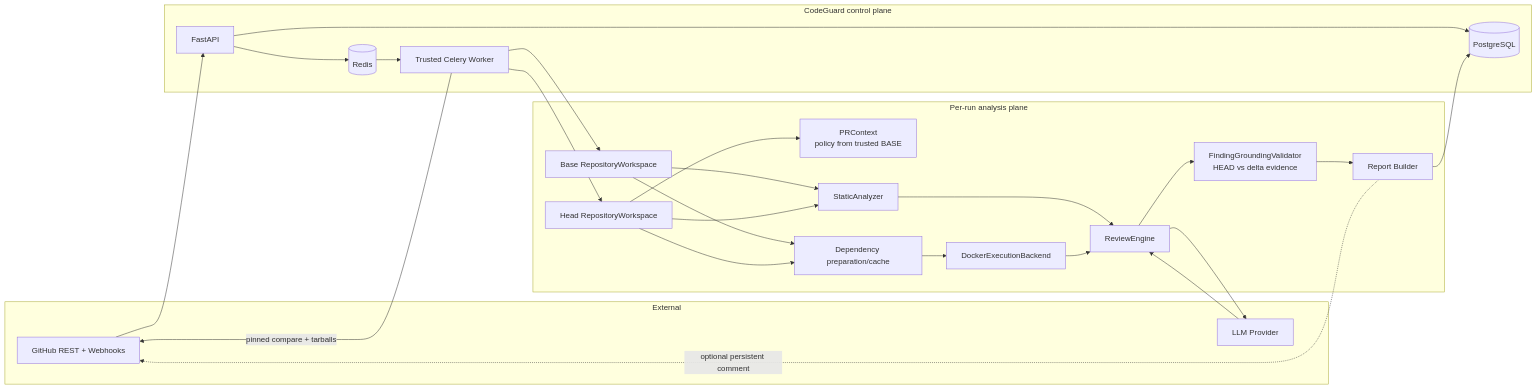
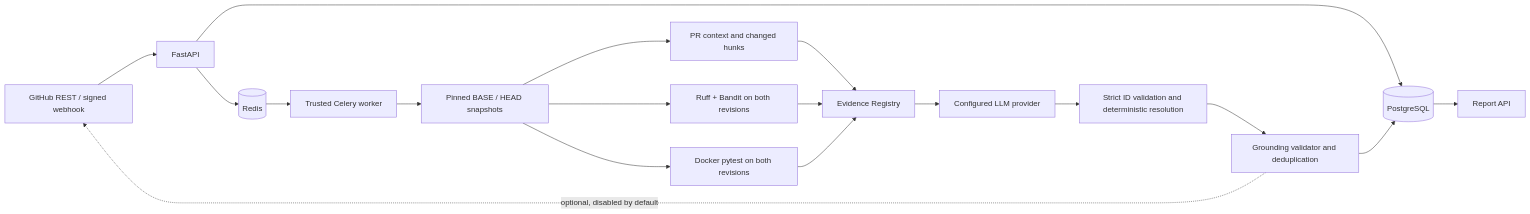
One commit to shuhanzhou01-stack/codeguard changed the first of 2 diagrams in ARCHITECTURE.md. Above: the diagram before and after it, drawn with Mermaid. The commit also changed other lines of this file and 9 other files, not shown here.

````diff
--- a/ARCHITECTURE.md
+++ b/ARCHITECTURE.md
@@ -5,41 +7,20 @@
 ```mermaid
 flowchart LR
-    subgraph External
-        GH[GitHub REST + Webhooks]
-        LP[LLM Provider]
-    end
-
-    subgraph ControlPlane[CodeGuard control plane]
-        API[FastAPI]
-        PG[(PostgreSQL)]
-        R[(Redis)]
-        CW[Trusted Celery Worker]
-    end
-
-    subgraph AnalysisPlane[Per-run analysis plane]
-        BW[Base RepositoryWorkspace]
-        HW[Head RepositoryWorkspace]
-        PC[PRContext\npolicy from trusted BASE]
-        ST[StaticAnalyzer]
-        DP[Dependency preparation/cache]
-        DBE[DockerExecutionBackend]
-        RE[ReviewEngine]
-        GR[FindingGroundingValidator\nHEAD vs delta evidence]
-        RB[Report Builder]
-    end
-
-    GH --> API
-    API --> PG
-    API --> R
-    R --> CW
-    CW -->|pinned compare + tarballs| GH
-    CW --> BW
-    CW --> HW --> PC
-    BW --> ST
-    HW --> ST --> RE
-    BW --> DP
-    HW --> DP --> DBE --> RE
-    RE --> LP --> RE
-    RE --> GR --> RB --> PG
-    RB -. optional persistent comment .-> GH
+    GH[GitHub REST / signed webhook] --> API[FastAPI]
+    API --> PG[(PostgreSQL)]
+    API --> R[(Redis)]
+    R --> CW[Trusted Celery worker]
+    CW --> SNAP[Pinned BASE / HEAD snapshots]
+    SNAP --> CTX[PR context and changed hunks]
+    SNAP --> SA[Ruff + Bandit on both revisions]
+    SNAP --> DX[Docker pytest on both revisions]
+    CTX --> ER[Evidence Registry]
+    SA --> ER
+    DX --> ER
+    ER --> LP[Configured LLM provider]
+    LP --> RS[Strict ID validation and deterministic resolution]
+    RS --> GR[Grounding validator and deduplication]
+    GR --> PG
+    PG --> OUT[Report API]
+    GR -. optional, disabled by default .-> GH
 ```
````
